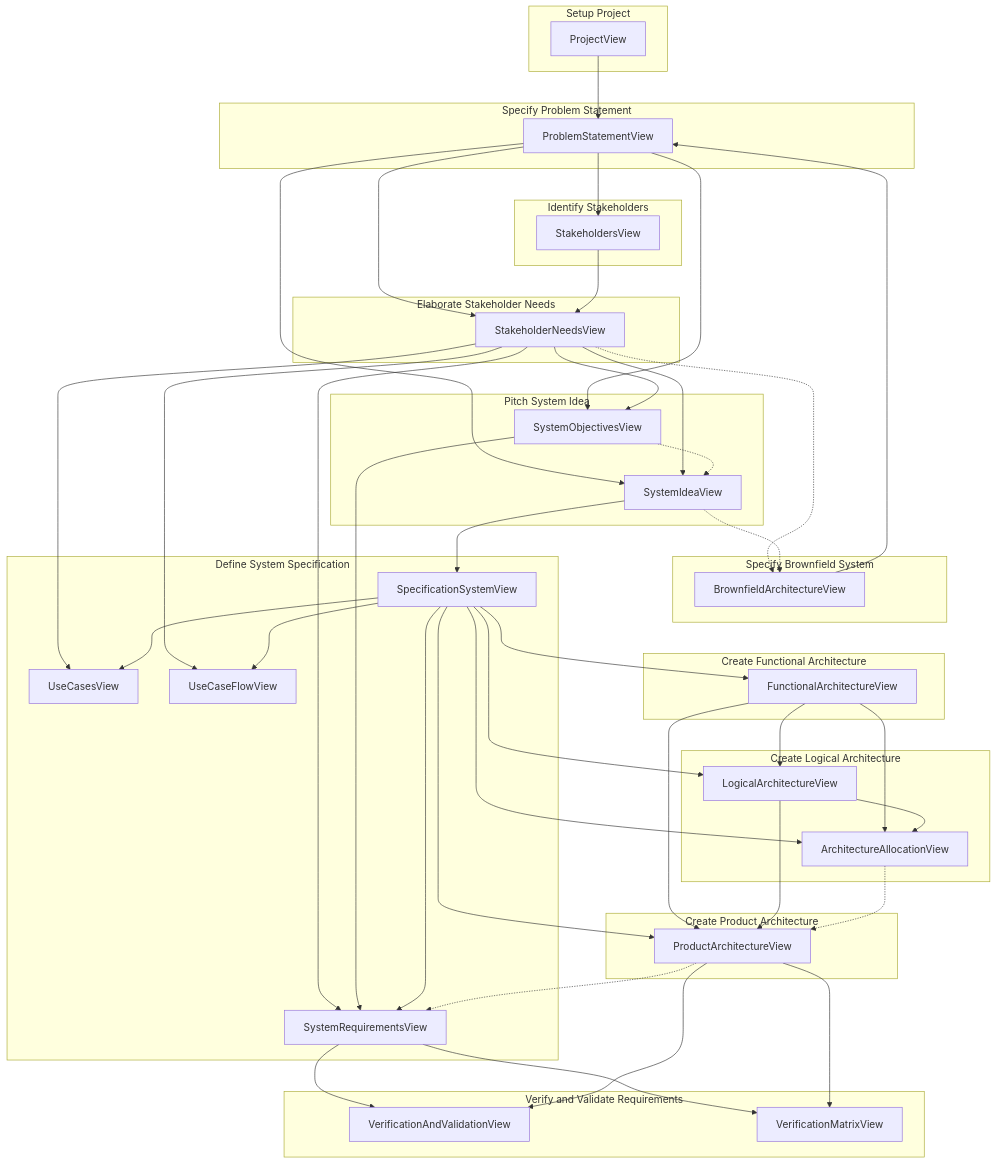
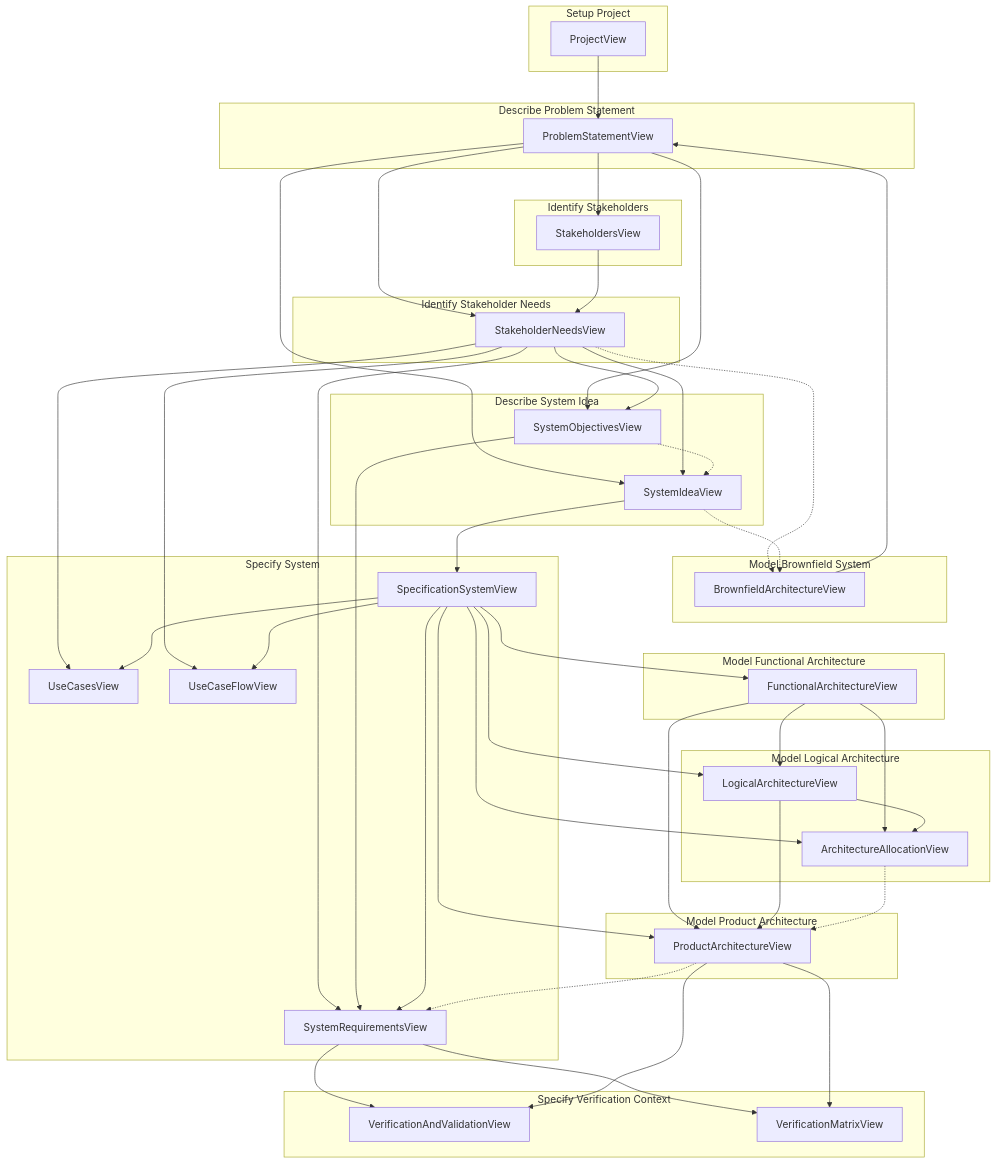
The second of 2 diagrams in SYSMODViews.md (MBSE4U/sysmod-sysmlv2), drawn with Mermaid before and after one commit. The commit also changed other lines of this file and 9 other files, not shown here.

First line of the commit message:
Rename SYSMOD steps to the describe/identify/define/model/specify verb terminology

````diff
--- a/SYSMODViews.md
+++ b/SYSMODViews.md
@@ -1730,77 +1730,77 @@
 ```mermaid
 flowchart TB
     subgraph SetupProject["Setup Project"]
         ProjectView[ProjectView]
     end
-    subgraph SpecifyBrownfieldSystem["Specify Brownfield System"]
+    subgraph ModelBrownfieldSystem["Model Brownfield System"]
         BrownfieldArchitectureView[BrownfieldArchitectureView]
     end
-    subgraph SpecifyProblemStatement["Specify Problem Statement"]
+    subgraph DescribeProblemStatement["Describe Problem Statement"]
         ProblemStatementView[ProblemStatementView]
     end
     subgraph IdentifyStakeholders["Identify Stakeholders"]
         StakeholdersView[StakeholdersView]
     end
-    subgraph ElaborateStakeholderNeeds["Elaborate Stakeholder Needs"]
+    subgraph IdentifyStakeholderNeeds["Identify Stakeholder Needs"]
         StakeholderNeedsView[StakeholderNeedsView]
     end
-    subgraph PitchSystemIdea["Pitch System Idea"]
+    subgraph DescribeSystemIdea["Describe System Idea"]
         SystemIdeaView[SystemIdeaView]
         SystemObjectivesView[SystemObjectivesView]
     end
-    subgraph DefineSystemSpecification["Define System Specification"]
+    subgraph SpecifySystem["Specify System"]
         SpecificationSystemView[SpecificationSystemView]
         UseCasesView[UseCasesView]
         UseCaseFlowView[UseCaseFlowView]
         SystemRequirementsView[SystemRequirementsView]
     end
-    subgraph CreateFunctionalArchitecture["Create Functional Architecture"]
+    subgraph ModelFunctionalArchitecture["Model Functional Architecture"]
         FunctionalArchitectureView[FunctionalArchitectureView]
     end
-    subgraph CreateLogicalArchitecture["Create Logical Architecture"]
+    subgraph ModelLogicalArchitecture["Model Logical Architecture"]
         LogicalArchitectureView[LogicalArchitectureView]
         ArchitectureAllocationView[ArchitectureAllocationView]
     end
-    subgraph CreateProductArchitecture["Create Product Architecture"]
+    subgraph ModelProductArchitecture["Model Product Architecture"]
         ProductArchitectureView[ProductArchitectureView]
     end
-    subgraph VerifyAndValidateRequirements["Verify and Validate Requirements"]
+    subgraph SpecifyVerificationContext["Specify Verification Context"]
         VerificationAndValidationView[VerificationAndValidationView]
         VerificationMatrixView[VerificationMatrixView]
     end
     ProjectView --> ProblemStatementView
     BrownfieldArchitectureView --> ProblemStatementView
     ProblemStatementView --> StakeholdersView
     ProblemStatementView --> StakeholderNeedsView
     StakeholdersView --> StakeholderNeedsView
     ProblemStatementView --> SystemIdeaView
     StakeholderNeedsView --> SystemIdeaView
     ProblemStatementView --> SystemObjectivesView
     StakeholderNeedsView --> SystemObjectivesView
     SystemIdeaView --> SpecificationSystemView
     StakeholderNeedsView --> UseCasesView
     SpecificationSystemView --> UseCasesView
     StakeholderNeedsView --> UseCaseFlowView
     SpecificationSystemView --> UseCaseFlowView
     StakeholderNeedsView --> SystemRequirementsView
     SystemObjectivesView --> SystemRequirementsView
     SpecificationSystemView --> SystemRequirementsView
     SpecificationSystemView --> FunctionalArchitectureView
     SpecificationSystemView --> LogicalArchitectureView
     FunctionalArchitectureView --> LogicalArchitectureView
     SpecificationSystemView --> ProductArchitectureView
     FunctionalArchitectureView --> ProductArchitectureView
     LogicalArchitectureView --> ProductArchitectureView
     SpecificationSystemView --> ArchitectureAllocationView
     FunctionalArchitectureView --> ArchitectureAllocationView
     LogicalArchitectureView --> ArchitectureAllocationView
     SystemRequirementsView --> VerificationAndValidationView
     ProductArchitectureView --> VerificationAndValidationView
     SystemRequirementsView --> VerificationMatrixView
     ProductArchitectureView --> VerificationMatrixView
     StakeholderNeedsView -.-> BrownfieldArchitectureView
     SystemIdeaView -.-> BrownfieldArchitectureView
     SystemObjectivesView -.-> SystemIdeaView
     ProductArchitectureView -.-> SystemRequirementsView
     ArchitectureAllocationView -.-> ProductArchitectureView
 ```
````
